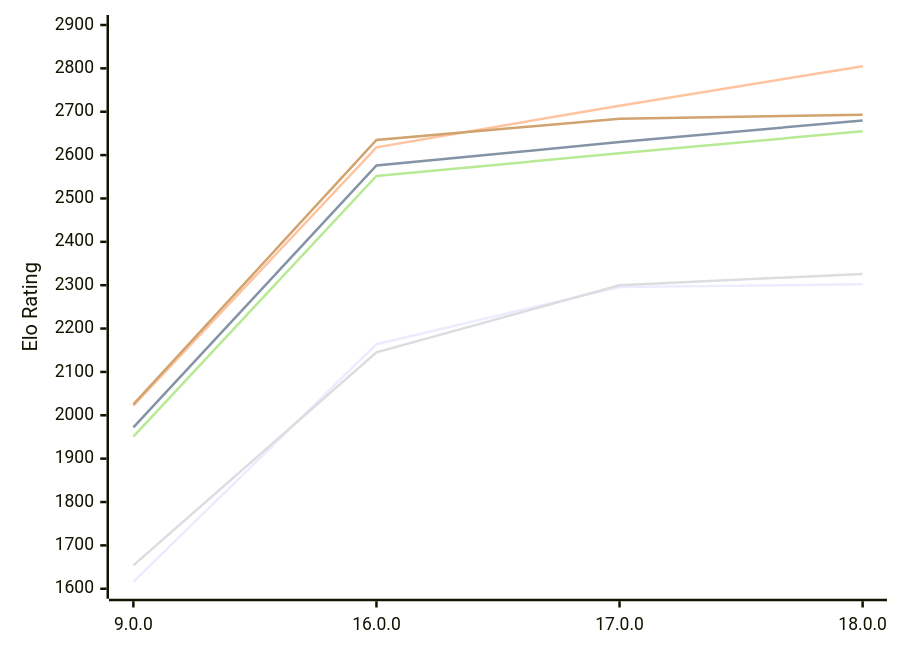
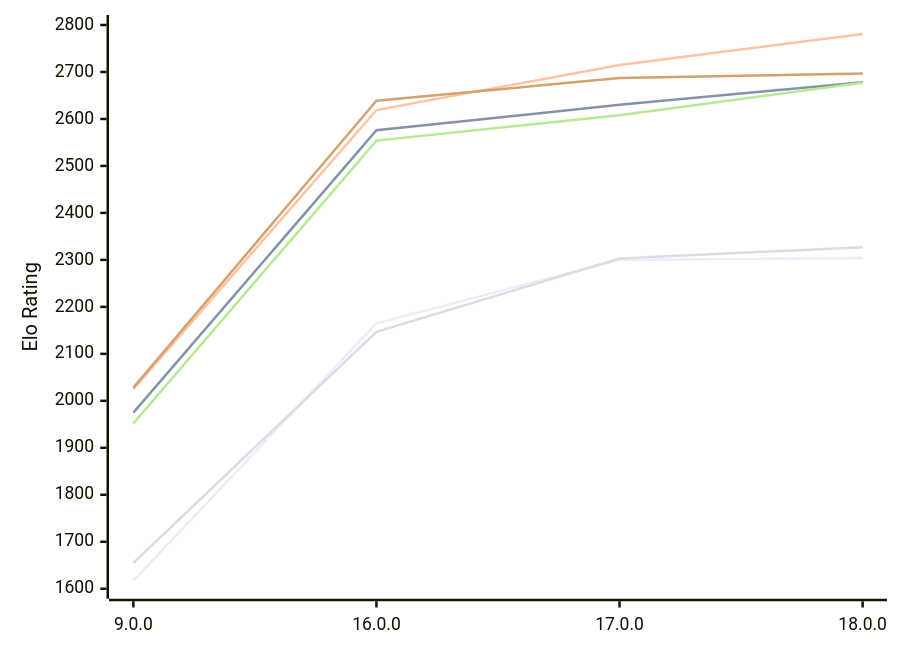
The first of 2 diagrams in engines/Cepimetheus.md (computer-chess-index/cci), drawn with Mermaid before and after one commit. The commit also changed other lines of this file, not shown here.

Commit message:
Update CCI Ratings (ELO VLTC) - 2026-11-24

````diff
--- a/engines/Cepimetheus.md
+++ b/engines/Cepimetheus.md
@@ -66,12 +66,12 @@
 ```mermaid
 %%{init: {"theme":"base","themeVariables":{"seriesColors:['#a3a3a3','#222221','#faa371']}}}%%
 xychart-beta
   x-axis ["9.0.0", "16.0.0", "17.0.0", "18.0.0"]
-  y-axis "Elo Rating" 1600 --> 2900
-  line "E1: STC (8.0+0.08s)" [1616, 2164, 2296, 2302]
-  line "E1: LTC (60.0+0.60s)" [1972, 2576, 2630, 2680]
-  line "E1: VLTC (2m24s+1.12s)" [2022, 2618, 2714, 2805]
-  line "P1: STC (8.0+0.08s)" [1654, 2145, 2300, 2326]
-  line "P1: LTC (60.0+0.60s)" [1951, 2552, 2604, 2655]
-  line "P1: VLTC (2m24s+1.12s)" [2025, 2635, 2684, 2693]
+  y-axis "Elo Rating" 1600 --> 2800
+  line "E1: STC (8.0+0.08s)" [1617, 2165, 2300, 2304]
+  line "E1: LTC (60.0+0.60s)" [1975, 2576, 2630, 2678]
+  line "E1: VLTC (2m24s+1.12s)" [2025, 2619, 2715, 2781]
+  line "P1: STC (8.0+0.08s)" [1655, 2147, 2303, 2327]
+  line "P1: LTC (60.0+0.60s)" [1952, 2554, 2608, 2677]
+  line "P1: VLTC (2m24s+1.12s)" [2028, 2639, 2687, 2697]
 ```
````
